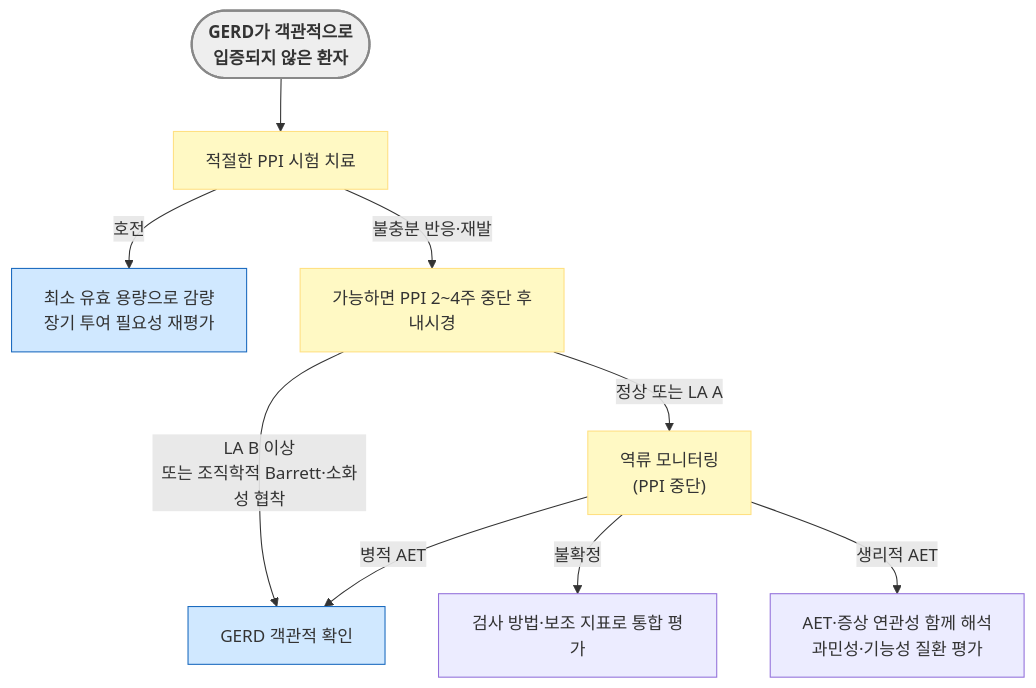
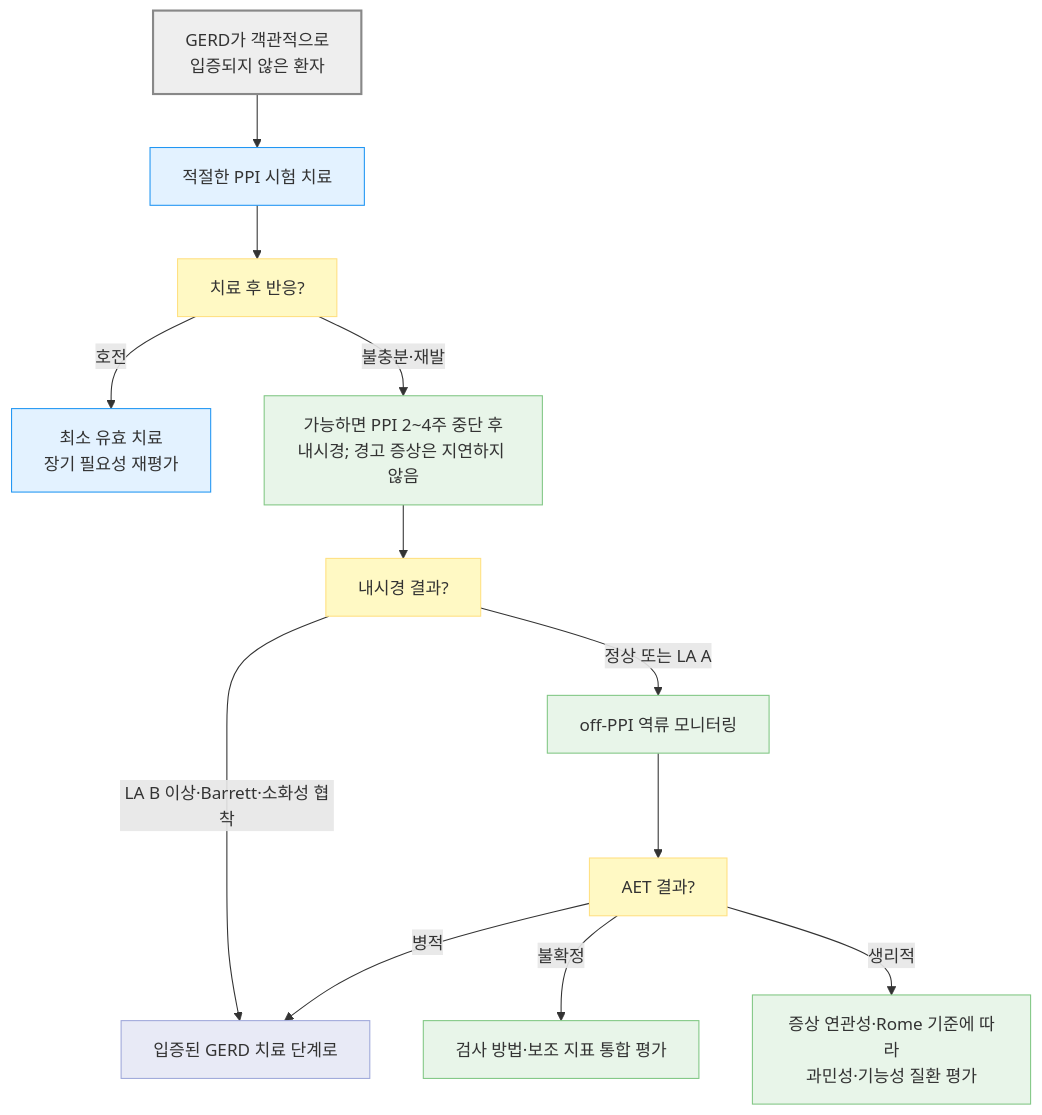
The fourth of 5 diagrams in 224_/081_-gerd.md (familyoh77/familyoh77), drawn with Mermaid before and after one commit. The commit also changed other lines of this file and 4 other files, not shown here.

````diff
--- a/224_/081_-gerd.md
+++ b/224_/081_-gerd.md
@@ -317,17 +306,25 @@
 ```mermaid
-graph TD
-    Start1(["<b>GERD가 객관적으로<br/>입증되지 않은 환자</b>"]) --> PPI1["적절한 PPI 시험 치료"]
-    PPI1 -- "호전" --> Success1["최소 유효 용량으로 감량<br/>장기 투여 필요성 재평가"]
-    PPI1 -- "불충분 반응·재발" --> Scope1["가능하면 PPI 2~4주 중단 후<br/>내시경"]
-    Scope1 -- "LA B 이상<br/>또는 조직학적 Barrett·소화성 협착" --> GERD1["GERD 객관적 확인"]
-    Scope1 -- "정상 또는 LA A" --> Monitor1["역류 모니터링<br/>(PPI 중단)"]
-    Monitor1 -- "병적 AET" --> GERD1
-    Monitor1 -- "불확정" --> Borderline1["검사 방법·보조 지표로 통합 평가"]
-    Monitor1 -- "생리적 AET" --> NoEvidence["AET·증상 연관성 함께 해석<br/>과민성·기능성 질환 평가"]
+flowchart TD
+    A["GERD가 객관적으로<br/>입증되지 않은 환자"] --> B["적절한 PPI 시험 치료"]
+    B --> R["치료 후 반응?"]
+    R -- "호전" --> S["최소 유효 치료<br/>장기 필요성 재평가"]
+    R -- "불충분·재발" --> E["가능하면 PPI 2~4주 중단 후<br/>내시경; 경고 증상은 지연하지 않음"]
+    E --> EQ["내시경 결과?"]
+    EQ -- "LA B 이상·Barrett·소화성 협착" --> J["입증된 GERD 치료 단계로"]
+    EQ -- "정상 또는 LA A" --> K["off-PPI 역류 모니터링"]
+    K --> KQ["AET 결과?"]
+    KQ -- "병적" --> J
+    KQ -- "불확정" --> Q["검사 방법·보조 지표 통합 평가"]
+    KQ -- "생리적" --> N["증상 연관성·Rome 기준에 따라<br/>과민성·기능성 질환 평가"]
 
-    style Start1 fill:#eeeeee,stroke:#888888,stroke-width:2px
-    classDef yellow fill:#fff9c4,stroke:#ffe082
-    class Scope1,Monitor1,PPI1 yellow
-    classDef blue fill:#d0e8ff,stroke:#1a6abf
-    class Success1,GERD1 blue
+    classDef neutral fill:#eeeeee,stroke:#888888,stroke-width:2px
+    classDef question fill:#fff9c4,stroke:#ffe082
+    classDef test fill:#e8f5e9,stroke:#81c784
+    classDef treatment fill:#e3f2ff,stroke:#2196f3
+    classDef next fill:#e8eaf6,stroke:#9fa8da
+    class A neutral
+    class R,EQ,KQ question
+    class E,K,Q,N test
+    class B,S treatment
+    class J next
 ```
````
